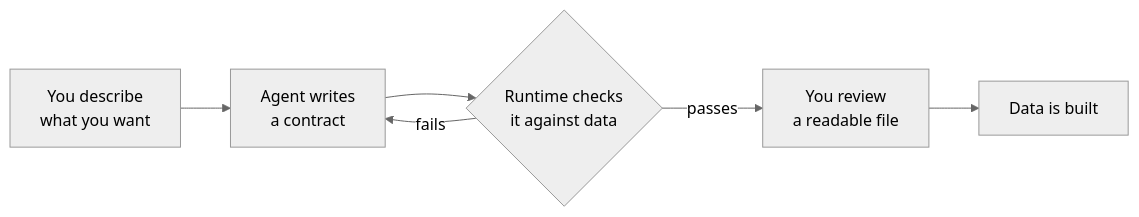
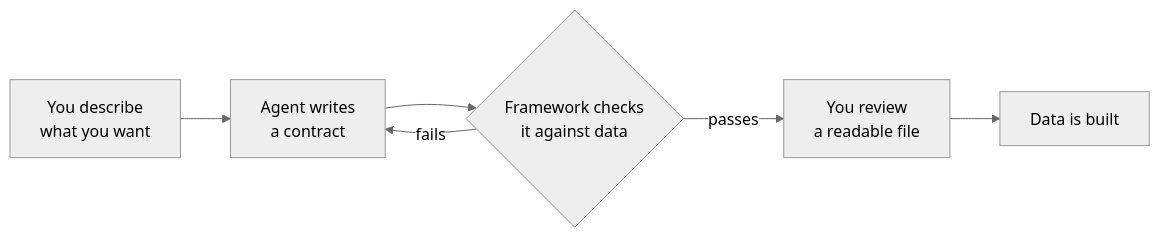
Before and after one commit to LakeLogic/open-lakehouse-contract: the diagram in docs/concepts/ai-data-agents.md, drawn with Mermaid (neutral theme). The commit also changed other lines of this file and 32 other files, not shown here.

````diff
--- a/docs/concepts/ai-data-agents.md
+++ b/docs/concepts/ai-data-agents.md
@@ -17,8 +17,8 @@
 ```mermaid
 flowchart LR
     A[You describe<br/>what you want] --> B[Agent writes<br/>a contract]
-    B --> C{Runtime checks<br/>it against data}
+    B --> C{Framework checks<br/>it against data}
     C -- fails --> B
     C -- passes --> D[You review<br/>a readable file]
     D --> E[Data is built]
 ```
````
